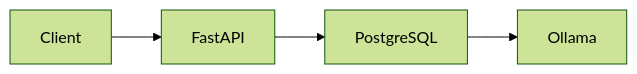
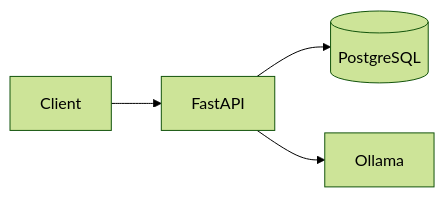
One commit to Vaibhav200303/career-copilot changed the fifth of 6 diagrams in docs/SYSTEM_DESIGN.md. Above: the diagram before and after it, drawn with Mermaid (forest theme). The commit also changed other lines of this file, not shown here.

First line of the commit message:
Update mermaid diagrams in SYSTEM_DESIGN.md

````diff
--- a/docs/SYSTEM_DESIGN.md
+++ b/docs/SYSTEM_DESIGN.md
@@ -774,17 +693,12 @@
 ```mermaid
 flowchart LR
 
-Client
+A[Client]
+B[FastAPI]
+C[(PostgreSQL)]
+D[Ollama]
 
--->
-
-FastAPI
-
--->
-
-PostgreSQL
-
--->
-
-Ollama
+A --> B
+B --> C
+B --> D
 ```
````
